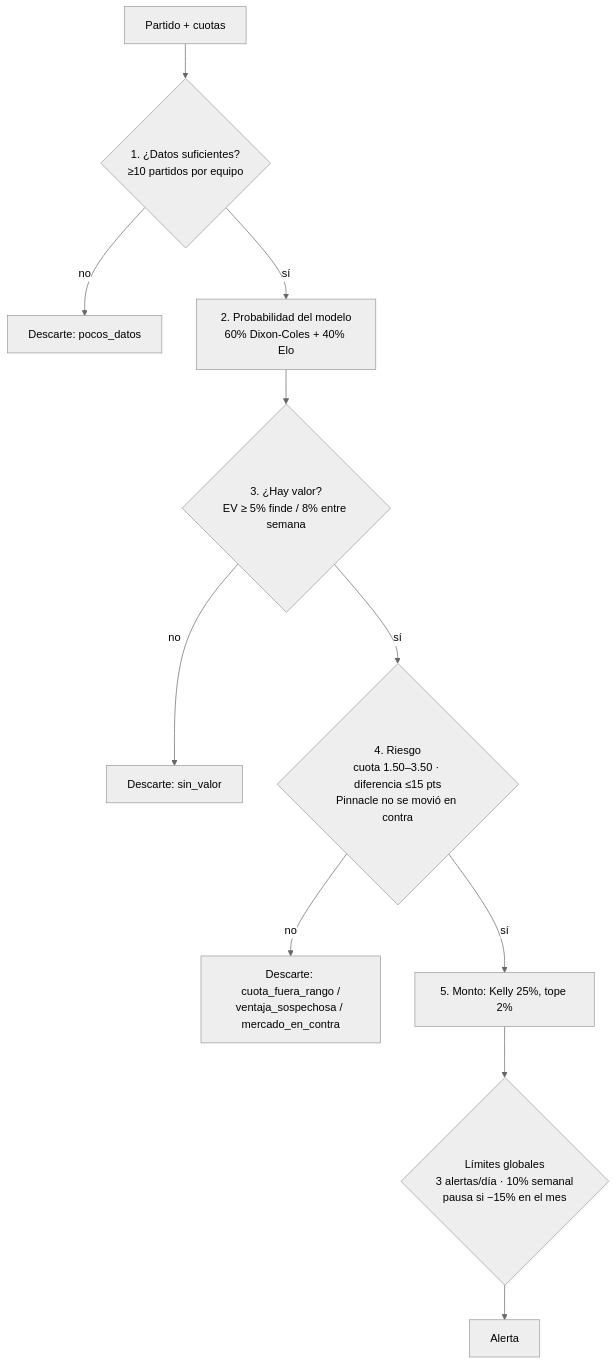
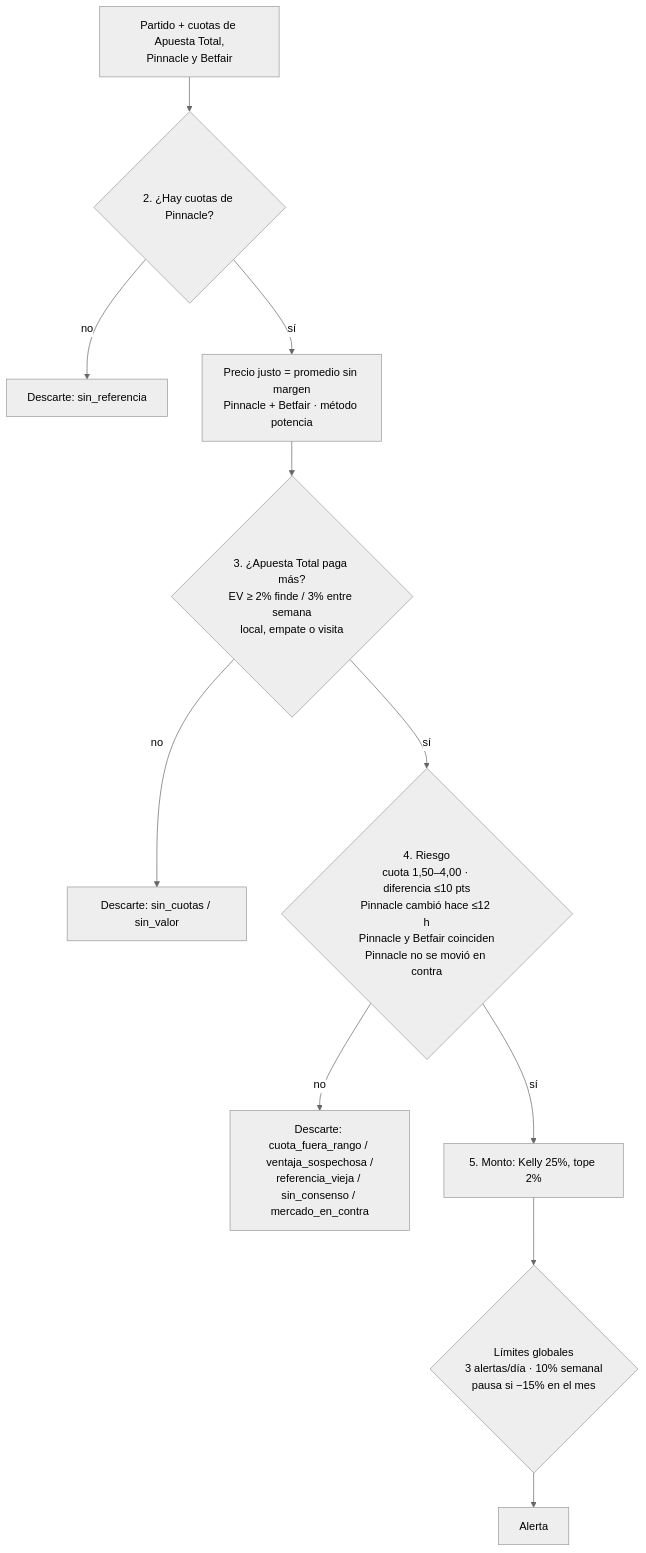
Before and after one commit to Oscar20024/apuestas-contexto: the third of 3 diagrams in 01-arquitectura/arquitectura.md, drawn with Mermaid (neutral theme). The commit also changed other lines of this file and 17 other files, not shown here.

````diff
--- a/01-arquitectura/arquitectura.md
+++ b/01-arquitectura/arquitectura.md
@@ -85,13 +87,13 @@
 ```mermaid
 flowchart TB
-    E[Partido + cuotas] --> P1{1. ¿Datos suficientes?<br/>≥10 partidos por equipo}
-    P1 -- no --> D1[Descarte: pocos_datos]
-    P1 -- sí --> P2[2. Probabilidad del modelo<br/>60% Dixon-Coles + 40% Elo]
-    P2 --> P3{3. ¿Hay valor?<br/>EV ≥ 5% finde / 8% entre semana}
-    P3 -- no --> D3[Descarte: sin_valor]
-    P3 -- sí --> P4{4. Riesgo<br/>cuota 1.50–3.50 · diferencia ≤15 pts<br/>Pinnacle no se movió en contra}
-    P4 -- no --> D4[Descarte: cuota_fuera_rango /<br/>ventaja_sospechosa / mercado_en_contra]
+    E[Partido + cuotas de Apuesta Total,<br/>Pinnacle y Betfair] --> P2{2. ¿Hay cuotas de Pinnacle?}
+    P2 -- no --> D2[Descarte: sin_referencia]
+    P2 -- sí --> PJ[Precio justo = promedio sin margen<br/>Pinnacle + Betfair · método potencia]
+    PJ --> P3{3. ¿Apuesta Total paga más?<br/>EV ≥ 2% finde / 3% entre semana<br/>local, empate o visita}
+    P3 -- no --> D3[Descarte: sin_cuotas / sin_valor]
+    P3 -- sí --> P4{4. Riesgo<br/>cuota 1,50–4,00 · diferencia ≤10 pts<br/>Pinnacle cambió hace ≤12 h<br/>Pinnacle y Betfair coinciden<br/>Pinnacle no se movió en contra}
+    P4 -- no --> D4[Descarte: cuota_fuera_rango / ventaja_sospechosa /<br/>referencia_vieja / sin_consenso / mercado_en_contra]
     P4 -- sí --> P5[5. Monto: Kelly 25%, tope 2%]
     P5 --> L{Límites globales<br/>3 alertas/día · 10% semanal<br/>pausa si −15% en el mes}
     L --> AL[Alerta]
 ```
````
